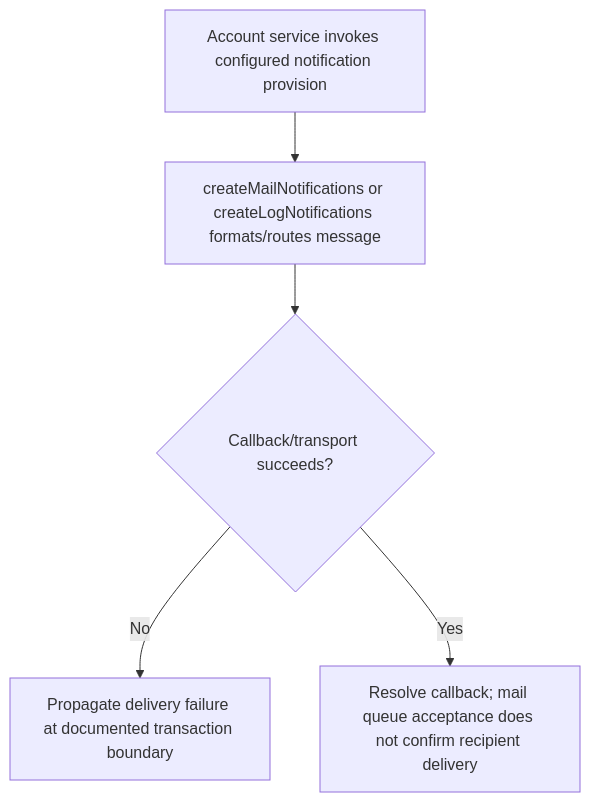
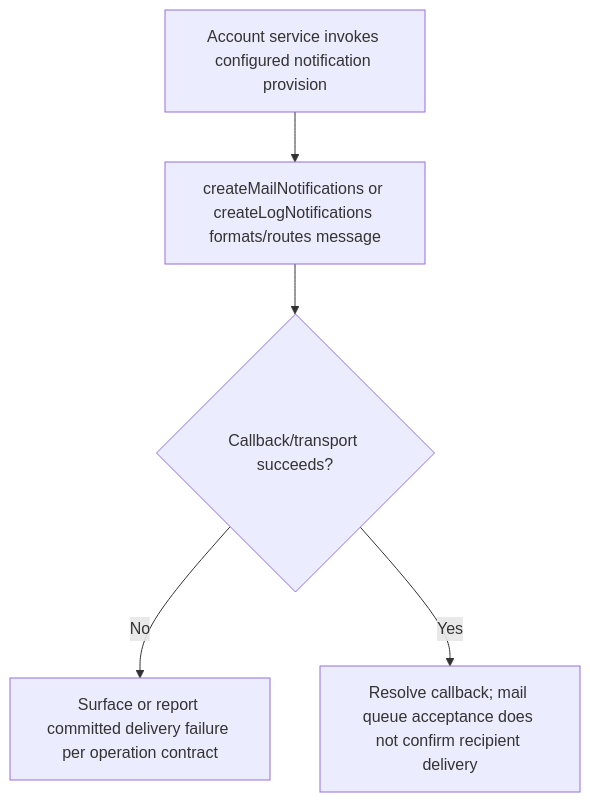
Before and after one commit to Kevinjohn/oss-adonisjs-account-kit: the second of 2 diagrams in user-stories/US-ACCOUNT-35-configure-notifications.md, drawn with Mermaid. The commit also changed other lines of this file and 43 other files, not shown here.

````diff
--- a/user-stories/US-ACCOUNT-35-configure-notifications.md
+++ b/user-stories/US-ACCOUNT-35-configure-notifications.md
@@ -32,7 +31,7 @@
 ```mermaid
 flowchart TD
  A["Account service invokes configured notification provision"] --> B["createMailNotifications or createLogNotifications formats/routes message"]
  B --> C{"Callback/transport succeeds?"}
- C -->|No| D["Propagate delivery failure at documented transaction boundary"]
+ C -->|No| D["Surface or report committed delivery failure per operation contract"]
  C -->|Yes| E["Resolve callback; mail queue acceptance does not confirm recipient delivery"]
 ```
````
